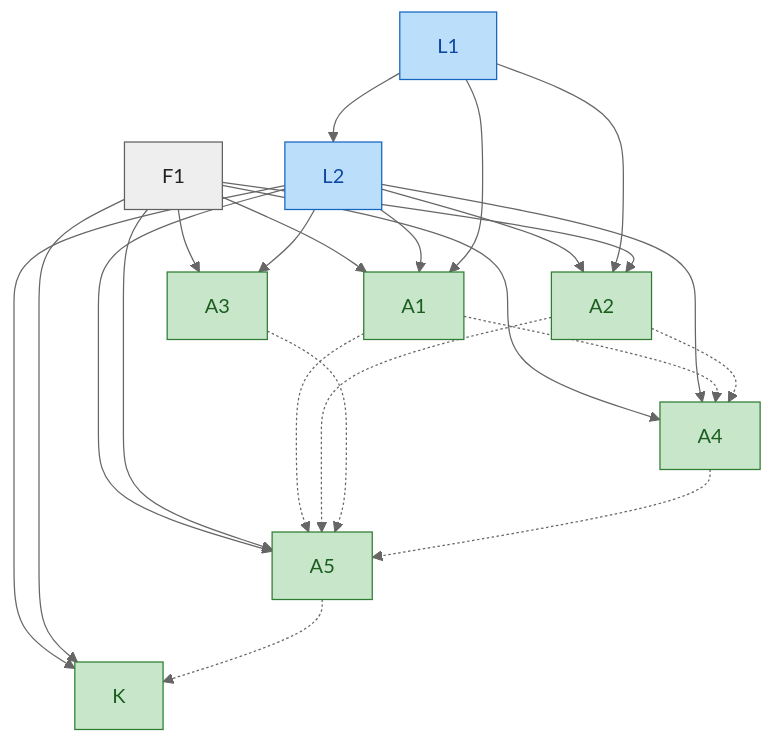
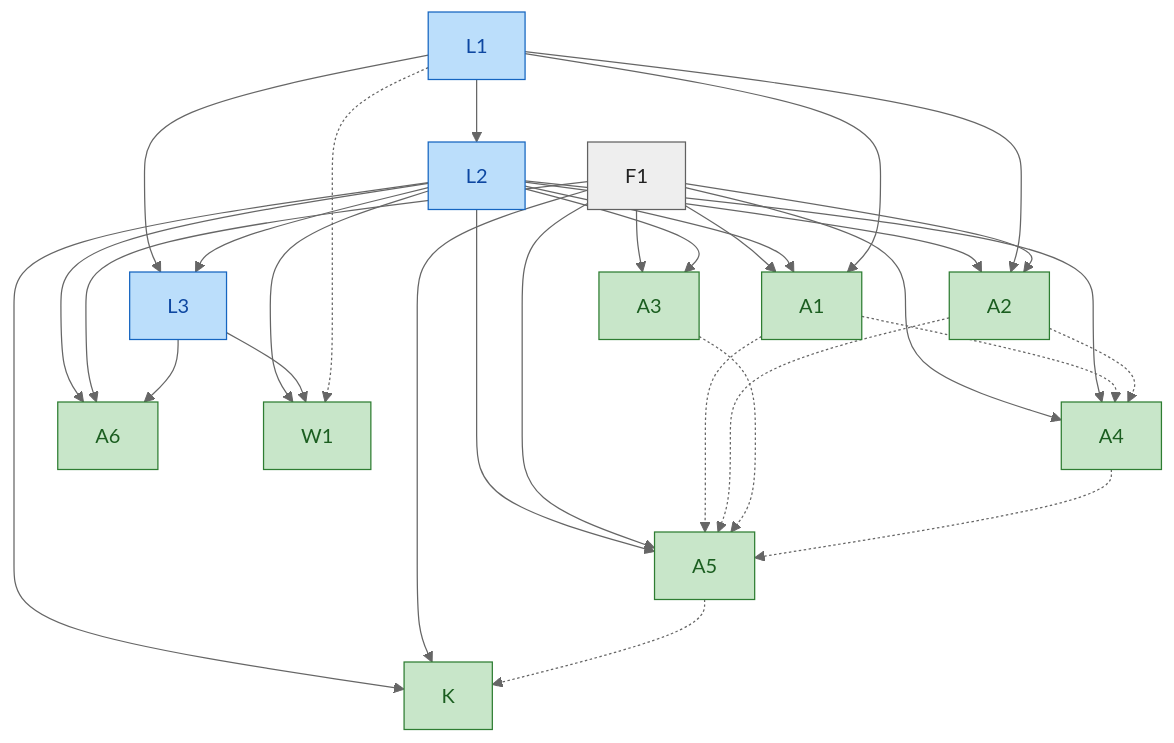
One commit to SeanWMurray/Canteen changed the second of 2 diagrams in docs/blueprint/donating-shares.md. Above: the diagram before and after it, drawn with Mermaid (neutral theme). The commit also changed other lines of this file and 6 other files, not shown here.

````diff
--- a/docs/blueprint/donating-shares.md
+++ b/docs/blueprint/donating-shares.md
@@ -57,39 +66,50 @@
 ```mermaid
 graph TD
   n0["L1"]:::encoded
   n1["L2"]:::encoded
   n2["F1"]:::fact
   n3["A1"]:::proven
   n4["A2"]:::proven
   n5["A3"]:::proven
   n6["A4"]:::proven
   n7["A5"]:::proven
   n8["K"]:::proven
+  n9["L3"]:::encoded
+  n10["A6"]:::proven
+  n11["W1"]:::proven
   n0 --> n1
   n2 --> n3
   n1 --> n3
   n0 --> n3
   n1 --> n4
   n0 --> n4
   n2 --> n4
   n2 --> n5
   n1 --> n5
   n2 --> n6
   n1 --> n6
   n3 -.-> n6
   n4 -.-> n6
   n1 --> n7
   n2 --> n7
   n3 -.-> n7
   n4 -.-> n7
   n5 -.-> n7
   n6 -.-> n7
   n1 --> n8
   n2 --> n8
   n7 -.-> n8
+  n0 --> n9
+  n1 --> n9
+  n1 --> n10
+  n2 --> n10
+  n9 --> n10
+  n1 --> n11
+  n9 --> n11
+  n0 -.-> n11
   classDef proven fill:#c8e6c9,stroke:#2e7d32,color:#1b5e20
   classDef encoded fill:#bbdefb,stroke:#1565c0,color:#0d47a1
   classDef fact fill:#eeeeee,stroke:#616161,color:#212121
   classDef judgment fill:#ffe0b2,stroke:#ef6c00,color:#e65100
   classDef notFormalized fill:#ffffff,stroke:#c62828,color:#b71c1c,stroke-dasharray:5 5
 ```
````
